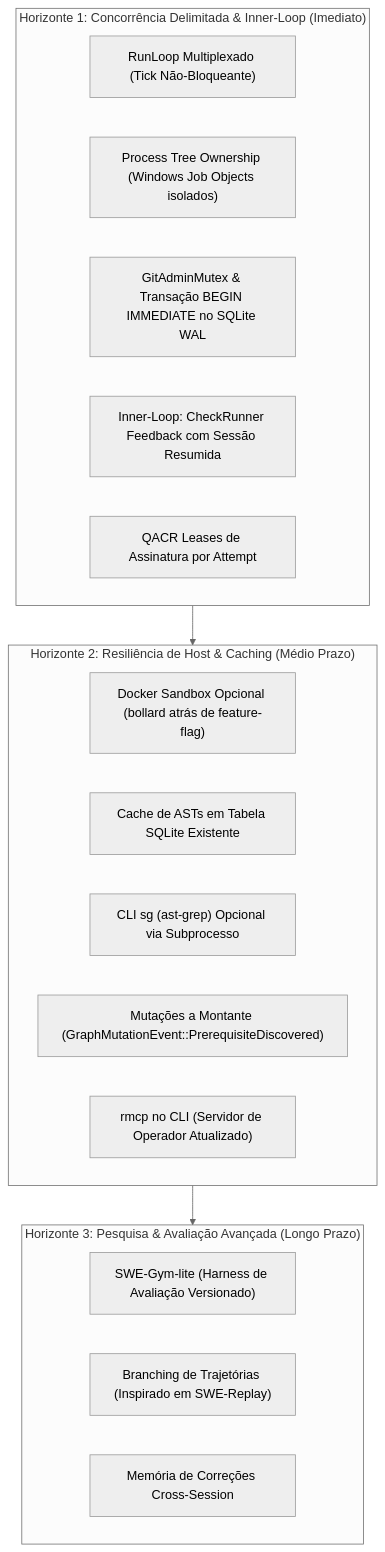
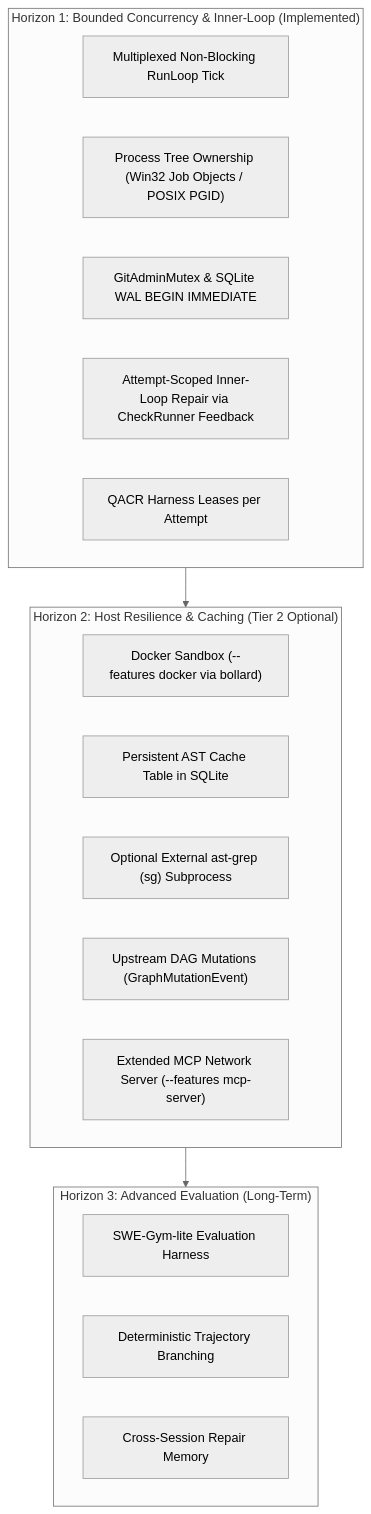
Before and after one commit to smota/meshloop: the diagram in docs/architecture/modern-modular-architecture.md, drawn with Mermaid (neutral theme). The commit also changed other lines of this file and 14 other files, not shown here.

````diff
--- a/docs/architecture/modern-modular-architecture.md
+++ b/docs/architecture/modern-modular-architecture.md
@@ -33,26 +23,26 @@
 ```mermaid
 flowchart TD
-  subgraph H1 ["Horizonte 1: Concorrência Delimitada & Inner-Loop (Imediato)"]
-    H1_Tick["RunLoop Multiplexado (Tick Não-Bloqueante)"]
-    H1_Jobs["Process Tree Ownership (Windows Job Objects isolados)"]
-    H1_Git["GitAdminMutex & Transação BEGIN IMMEDIATE no SQLite WAL"]
-    H1_Loop["Inner-Loop: CheckRunner Feedback com Sessão Resumida"]
-    H1_Lease["QACR Leases de Assinatura por Attempt"]
+  subgraph H1 ["Horizon 1: Bounded Concurrency & Inner-Loop (Implemented)"]
+    H1_Tick["Multiplexed Non-Blocking RunLoop Tick"]
+    H1_Jobs["Process Tree Ownership (Win32 Job Objects / POSIX PGID)"]
+    H1_Git["GitAdminMutex & SQLite WAL BEGIN IMMEDIATE"]
+    H1_Loop["Attempt-Scoped Inner-Loop Repair via CheckRunner Feedback"]
+    H1_Lease["QACR Harness Leases per Attempt"]
   end
 
-  subgraph H2 ["Horizonte 2: Resiliência de Host & Caching (Médio Prazo)"]
-    H2_Sand["Docker Sandbox Opcional (bollard atrás de feature-flag)"]
-    H2_Cache["Cache de ASTs em Tabela SQLite Existente"]
-    H2_SG["CLI sg (ast-grep) Opcional via Subprocesso"]
-    H2_Replan["Mutações a Montante (GraphMutationEvent::PrerequisiteDiscovered)"]
-    H2_MCP["rmcp no CLI (Servidor de Operador Atualizado)"]
+  subgraph H2 ["Horizon 2: Host Resilience & Caching (Tier 2 Optional)"]
+    H2_Sand["Docker Sandbox (--features docker via bollard)"]
+    H2_Cache["Persistent AST Cache Table in SQLite"]
+    H2_SG["Optional External ast-grep (sg) Subprocess"]
+    H2_Replan["Upstream DAG Mutations (GraphMutationEvent)"]
+    H2_MCP["Extended MCP Network Server (--features mcp-server)"]
   end
 
-  subgraph H3 ["Horizonte 3: Pesquisa & Avaliação Avançada (Longo Prazo)"]
-    H3_SWE["SWE-Gym-lite (Harness de Avaliação Versionado)"]
-    H3_Replay["Branching de Trajetórias (Inspirado em SWE-Replay)"]
-    H3_Playbook["Memória de Correções Cross-Session"]
+  subgraph H3 ["Horizon 3: Advanced Evaluation (Long-Term)"]
+    H3_SWE["SWE-Gym-lite Evaluation Harness"]
+    H3_Replay["Deterministic Trajectory Branching"]
+    H3_Playbook["Cross-Session Repair Memory"]
   end
 
   H1 --> H2 --> H3
 ```
````
